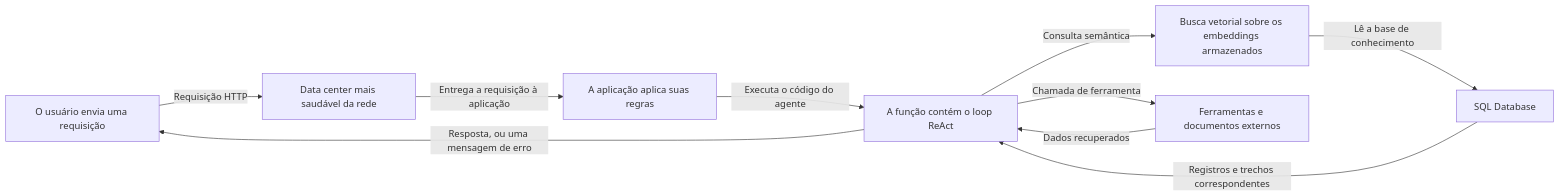
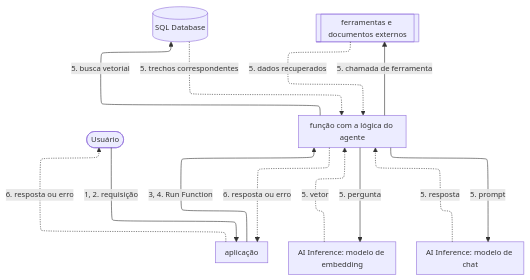
Before and after one commit to aziontech/docs: the second of 2 diagrams in apps/docs/src/content/docs/pt-br/pages/arquiteturas/artificial-intelligence/ai-agent-copilot.mdx, drawn with Mermaid. The commit also changed other lines of this file and 179 other files, not shown here.

Commit message:
docs(diagrams): redraw every other diagram in the use-case diagram style (#2513)

````diff
--- a/apps/docs/src/content/docs/pt-br/pages/arquiteturas/artificial-intelligence/ai-agent-copilot.mdx
+++ b/apps/docs/src/content/docs/pt-br/pages/arquiteturas/artificial-intelligence/ai-agent-copilot.mdx
@@ -36,12 +37,23 @@
 ```mermaid
-flowchart LR
-  User["O usuário envia uma requisição"] -->|"Requisição HTTP"| Node["Data center mais saudável da rede"]
-  Node -->|"Entrega a requisição à aplicação"| App["A aplicação aplica suas regras"]
-  App -->|"Executa o código do agente"| Fn["A função contém o loop ReAct"]
-  Fn -->|"Consulta semântica"| Search["Busca vetorial sobre os embeddings armazenados"]
-  Search -->|"Lê a base de conhecimento"| DB["SQL Database"]
-  DB -->|"Registros e trechos correspondentes"| Fn
-  Fn -->|"Chamada de ferramenta"| Tools["Ferramentas e documentos externos"]
-  Tools -->|"Dados recuperados"| Fn
-  Fn -->|"Resposta, ou uma mensagem de erro"| User
+%%{init: {"layout": "elk", "elk": {"cycleBreakingStrategy": "MODEL_ORDER"}, "themeVariables": {"fontSize": "13px"}, "flowchart": {"nodeSpacing": 24, "rankSpacing": 36, "padding": 8, "wrappingWidth": 150, "useMaxWidth": true}, "sequence": {"width": 120, "actorMargin": 30, "useMaxWidth": true}}}%%
+flowchart TD
+  User(["Usuário"])
+  App["aplicação"]
+  Fn["função com a lógica do agente"]
+  Embed["AI Inference: modelo de embedding"]
+  DB[("SQL Database")]
+  Tools[["ferramentas e documentos externos"]]
+  Chat["AI Inference: modelo de chat"]
+  User -->|"1, 2. requisição"| App
+  App -->|"3, 4. Run Function"| Fn
+  Fn -->|"5. pergunta"| Embed
+  Fn -->|"5. busca vetorial"| DB
+  Fn -->|"5. chamada de ferramenta"| Tools
+  Fn -->|"5. prompt"| Chat
+  Embed -.->|"5. vetor"| Fn
+  DB -.->|"5. trechos correspondentes"| Fn
+  Tools -.->|"5. dados recuperados"| Fn
+  Chat -.->|"5. resposta"| Fn
+  Fn -.->|"6. resposta ou erro"| App
+  App -.->|"6. resposta ou erro"| User
 ```
````
